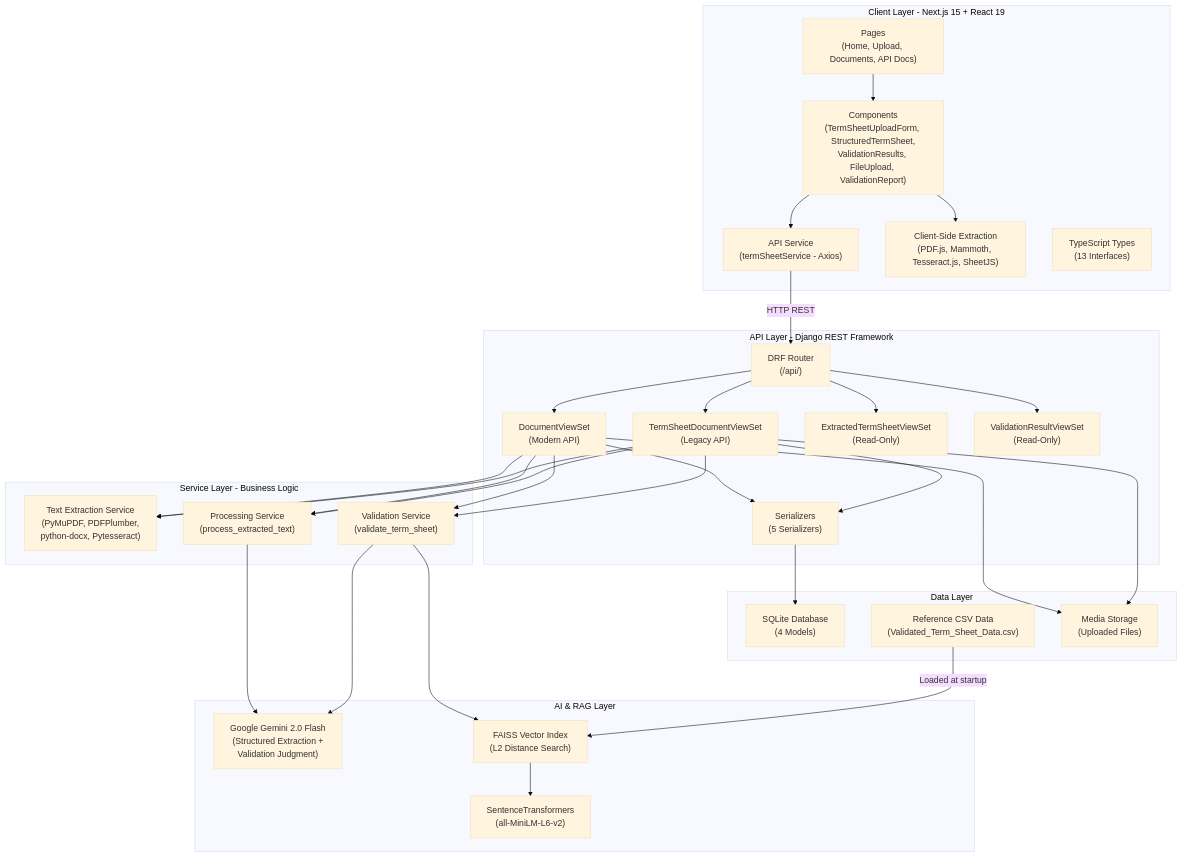
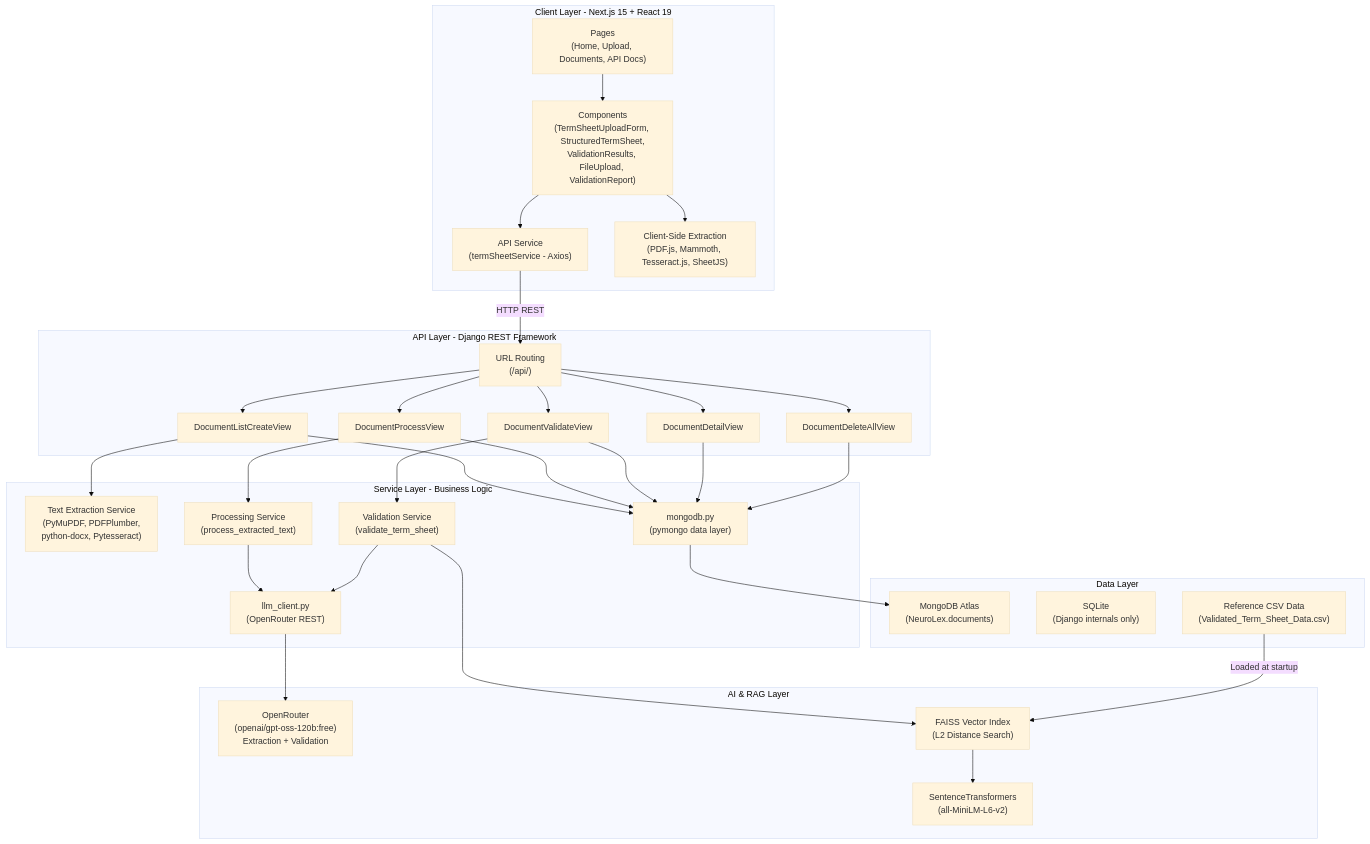
One commit to Atharva-Dhavale/NeuroLex changed the third of 5 diagrams in DOCUMENTATION.md. Above: the diagram before and after it, drawn with Mermaid (base theme). The commit also changed other lines of this file and 37 other files, not shown here.

````diff
--- a/DOCUMENTATION.md
+++ b/DOCUMENTATION.md
@@ -558,62 +532,63 @@
 ```mermaid
 graph TB
     subgraph "Client Layer - Next.js 15 + React 19"
         UI["Pages<br/>(Home, Upload, Documents, API Docs)"]
         COMP["Components<br/>(TermSheetUploadForm, StructuredTermSheet,<br/>ValidationResults, FileUpload, ValidationReport)"]
         SVC["API Service<br/>(termSheetService - Axios)"]
         EXTRACT["Client-Side Extraction<br/>(PDF.js, Mammoth, Tesseract.js, SheetJS)"]
-        TYPES["TypeScript Types<br/>(13 Interfaces)"]
     end
 
     subgraph "API Layer - Django REST Framework"
-        ROUTER["DRF Router<br/>(/api/)"]
-        DVS["DocumentViewSet<br/>(Modern API)"]
-        TVS["TermSheetDocumentViewSet<br/>(Legacy API)"]
-        EVS["ExtractedTermSheetViewSet<br/>(Read-Only)"]
-        VVS["ValidationResultViewSet<br/>(Read-Only)"]
-        SER["Serializers<br/>(5 Serializers)"]
+        URLS["URL Routing<br/>(/api/)"]
+        LCV["DocumentListCreateView"]
+        DV["DocumentDetailView"]
+        PV["DocumentProcessView"]
+        VV["DocumentValidateView"]
+        DAV["DocumentDeleteAllView"]
     end
 
     subgraph "Service Layer - Business Logic"
         TES["Text Extraction Service<br/>(PyMuPDF, PDFPlumber,<br/>python-docx, Pytesseract)"]
         PES["Processing Service<br/>(process_extracted_text)"]
         VES["Validation Service<br/>(validate_term_sheet)"]
+        MONGO["mongodb.py<br/>(pymongo data layer)"]
+        LLM["llm_client.py<br/>(OpenRouter REST)"]
     end
 
     subgraph "AI & RAG Layer"
-        GEMINI["Google Gemini 2.0 Flash<br/>(Structured Extraction +<br/>Validation Judgment)"]
+        OR["OpenRouter<br/>(openai/gpt-oss-120b:free)<br/>Extraction + Validation"]
         EMBED["SentenceTransformers<br/>(all-MiniLM-L6-v2)"]
         FAISS["FAISS Vector Index<br/>(L2 Distance Search)"]
     end
 
     subgraph "Data Layer"
-        DB["SQLite Database<br/>(4 Models)"]
+        ATLAS["MongoDB Atlas<br/>(NeuroLex.documents)"]
+        SQLITE["SQLite<br/>(Django internals only)"]
         CSV["Reference CSV Data<br/>(Validated_Term_Sheet_Data.csv)"]
-        MEDIA["Media Storage<br/>(Uploaded Files)"]
     end
 
     UI --> COMP
     COMP --> SVC
     COMP --> EXTRACT
-    SVC --> |"HTTP REST"| ROUTER
-    ROUTER --> DVS
-    ROUTER --> TVS
-    ROUTER --> EVS
-    ROUTER --> VVS
-    DVS --> SER
-    TVS --> SER
-    DVS --> TES
-    DVS --> PES
-    DVS --> VES
-    TVS --> TES
-    TVS --> PES
-    TVS --> VES
-    PES --> GEMINI
+    SVC --> |"HTTP REST"| URLS
+    URLS --> LCV
+    URLS --> DV
+    URLS --> PV
+    URLS --> VV
+    URLS --> DAV
+    LCV --> TES
+    LCV --> MONGO
+    PV --> PES
+    PV --> MONGO
+    VV --> VES
+    VV --> MONGO
+    DV --> MONGO
+    DAV --> MONGO
+    PES --> LLM
     VES --> FAISS
-    VES --> GEMINI
+    VES --> LLM
+    LLM --> OR
     FAISS --> EMBED
     CSV --> |"Loaded at startup"| FAISS
-    SER --> DB
-    DVS --> MEDIA
-    TVS --> MEDIA
+    MONGO --> ATLAS
 ```
````
